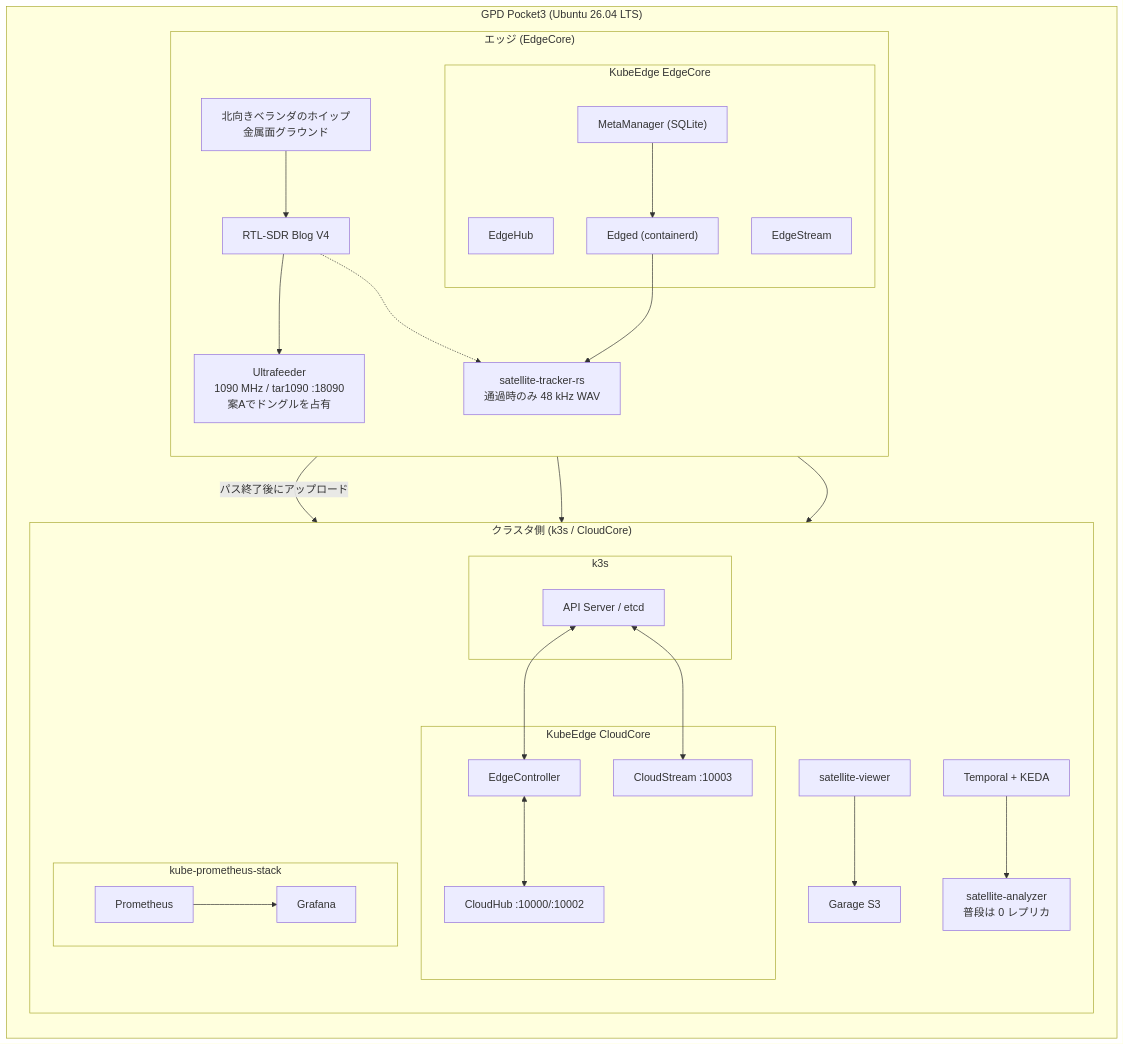
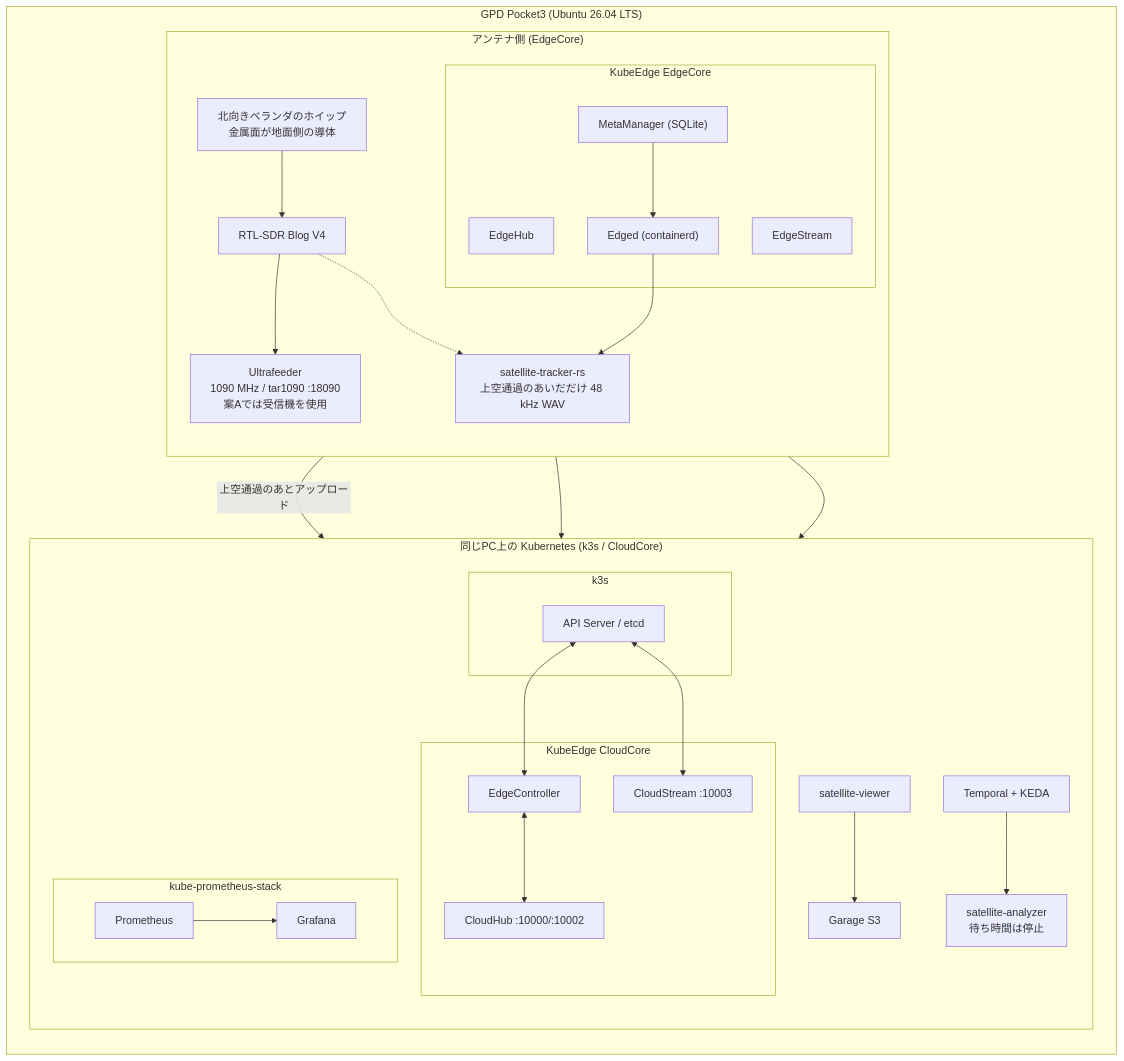
The diagram in docs/03_system_architecture.md (tozastation/radio-astronomy), drawn with Mermaid before and after one commit. The commit also changed other lines of this file and 7 other files, not shown here.

````diff
--- a/docs/03_system_architecture.md
+++ b/docs/03_system_architecture.md
@@ -29,64 +29,64 @@
 ```mermaid
 flowchart TB
     subgraph HostBox["GPD Pocket3 (Ubuntu 26.04 LTS)"]
         direction TB
 
-        subgraph EdgeArea["エッジ (EdgeCore)"]
+        subgraph EdgeArea["アンテナ側 (EdgeCore)"]
             direction TB
-            Antenna["北向きベランダのホイップ<br/>金属面グラウンド"]
+            Antenna["北向きベランダのホイップ<br/>金属面が地面側の導体"]
             RTLSDR["RTL-SDR Blog V4"]
 
             subgraph EdgeCoreBox["KubeEdge EdgeCore"]
                 EdgeHub["EdgeHub"]
                 EdgeStream["EdgeStream"]
                 MetaManager["MetaManager (SQLite)"]
                 Edged["Edged (containerd)"]
             end
 
-            ADSB["Ultrafeeder<br/>1090 MHz / tar1090 :18090<br/>案Aでドングルを占有"]
-            Tracker["satellite-tracker-rs<br/>通過時のみ 48 kHz WAV"]
+            ADSB["Ultrafeeder<br/>1090 MHz / tar1090 :18090<br/>案Aでは受信機を使用"]
+            Tracker["satellite-tracker-rs<br/>上空通過のあいだだけ 48 kHz WAV"]
 
             Antenna --> RTLSDR
             RTLSDR --> ADSB
             RTLSDR -.-> Tracker
             Edged --> Tracker
             MetaManager --> Edged
         end
 
-        subgraph CloudArea["クラスタ側 (k3s / CloudCore)"]
+        subgraph CloudArea["同じPC上の Kubernetes (k3s / CloudCore)"]
             direction TB
 
             subgraph K8sControl["k3s"]
                 APIServer["API Server / etcd"]
             end
 
             subgraph CloudCoreBox["KubeEdge CloudCore"]
                 EdgeController["EdgeController"]
                 CloudHub["CloudHub :10000/:10002"]
                 CloudStream["CloudStream :10003"]
             end
 
             APIServer <--> EdgeController
             EdgeController <--> CloudHub
             APIServer <--> CloudStream
 
             Garage["Garage S3"]
             Temporal["Temporal + KEDA"]
-            Worker["satellite-analyzer<br/>普段は 0 レプリカ"]
+            Worker["satellite-analyzer<br/>待ち時間は停止"]
             Viewer["satellite-viewer"]
 
             subgraph MonitoringStack["kube-prometheus-stack"]
                 Prometheus["Prometheus"]
                 Grafana["Grafana"]
             end
 
-            Tracker -->|"パス終了後にアップロード"| Garage
+            Tracker -->|"上空通過のあとアップロード"| Garage
             Viewer --> Garage
             Temporal --> Worker
             Prometheus --> Grafana
         end
 
         EdgeHub --> CloudHub
         EdgeStream --> CloudStream
     end
 ```
````
